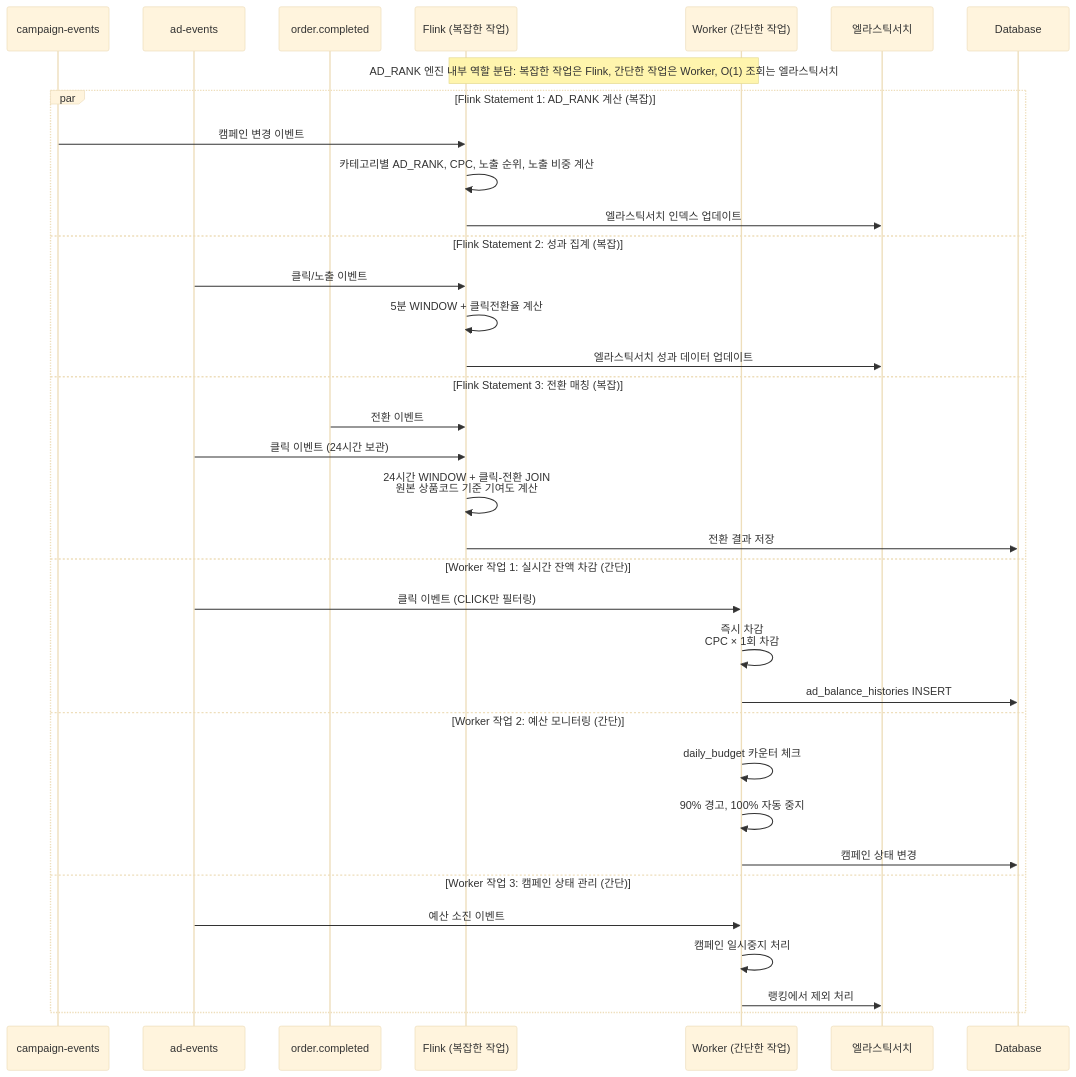
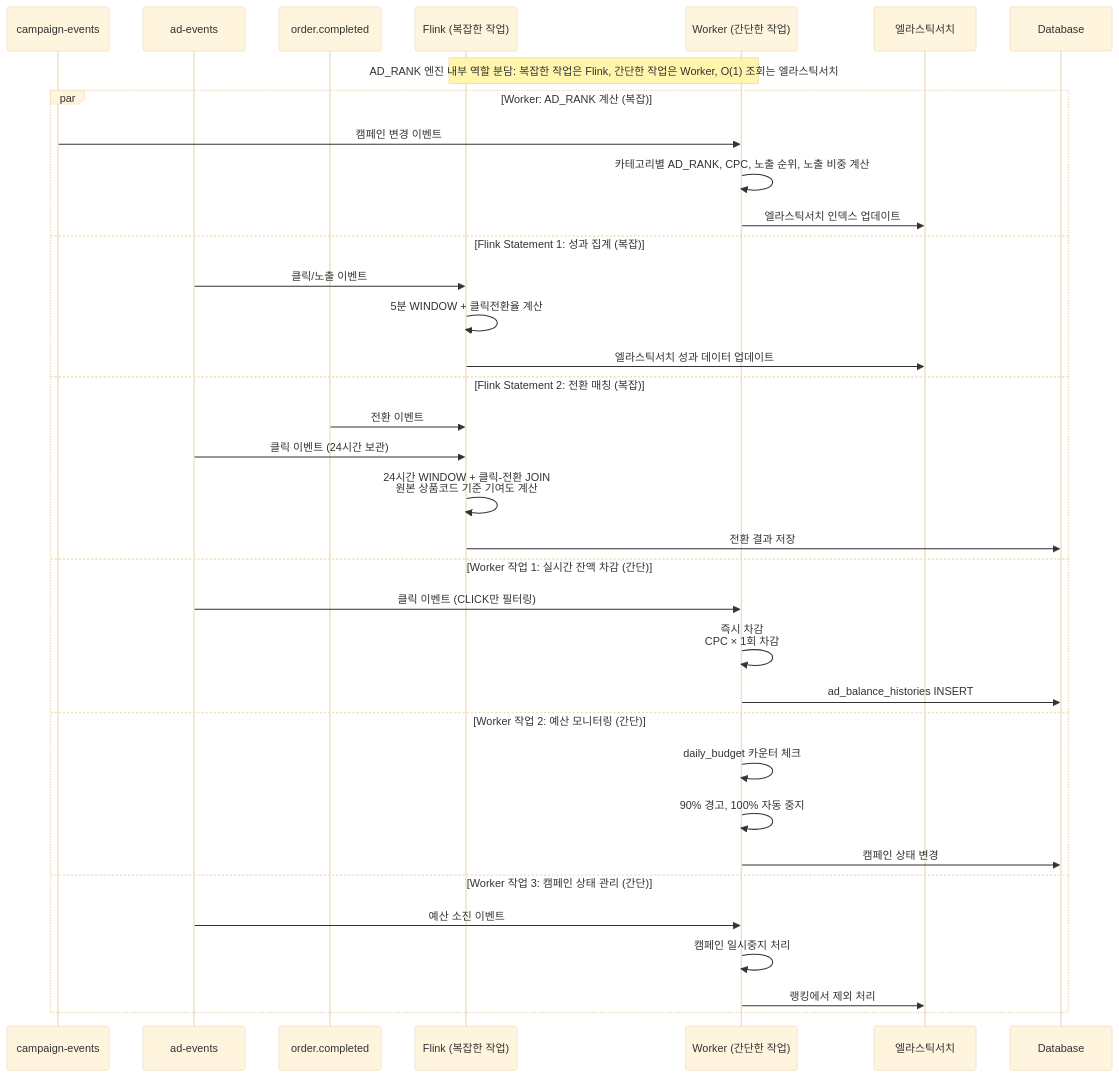
One commit to smk692/advertisement-project changed the fifth of 6 diagrams in docs/2. 설계/2-2. 아키텍처.md. Above: the diagram before and after it, drawn with Mermaid (base theme). The commit also changed other lines of this file and 1 other file, not shown here.

First line of the commit message:
docs: Flink와 Worker 역할 분담 수정 - AD_RANK 계산은 Worker 담당

````diff
--- a/docs/2. 설계/2-2. 아키텍처.md
+++ b/docs/2. 설계/2-2. 아키텍처.md
@@ -264,39 +264,39 @@
 ```mermaid
 sequenceDiagram
     participant K1 as campaign-events
     participant K2 as ad-events  
     participant K3 as order.completed
     participant F as Flink (복잡한 작업)
     participant W as Worker (간단한 작업)
     participant ES as 엘라스틱서치
     participant DB as Database
     
     Note over F,W: AD_RANK 엔진 내부 역할 분담: 복잡한 작업은 Flink, 간단한 작업은 Worker, O(1) 조회는 엘라스틱서치
     
-    par Flink Statement 1: AD_RANK 계산 (복잡)
-        K1->>F: 캠페인 변경 이벤트
-        F->>F: 카테고리별 AD_RANK, CPC, 노출 순위, 노출 비중 계산
-        F->>ES: 엘라스틱서치 인덱스 업데이트
-    and Flink Statement 2: 성과 집계 (복잡)
+    par Worker: AD_RANK 계산 (복잡)
+        K1->>W: 캠페인 변경 이벤트
+        W->>W: 카테고리별 AD_RANK, CPC, 노출 순위, 노출 비중 계산
+        W->>ES: 엘라스틱서치 인덱스 업데이트
+    and Flink Statement 1: 성과 집계 (복잡)
         K2->>F: 클릭/노출 이벤트
         F->>F: 5분 WINDOW + 클릭전환율 계산
         F->>ES: 엘라스틱서치 성과 데이터 업데이트
-    and Flink Statement 3: 전환 매칭 (복잡)
+    and Flink Statement 2: 전환 매칭 (복잡)
         K3->>F: 전환 이벤트  
         K2->>F: 클릭 이벤트 (24시간 보관)
         F->>F: 24시간 WINDOW + 클릭-전환 JOIN<br/>원본 상품코드 기준 기여도 계산
         F->>DB: 전환 결과 저장
     and Worker 작업 1: 실시간 잔액 차감 (간단)
         K2->>W: 클릭 이벤트 (CLICK만 필터링)
         W->>W: 즉시 차감<br/>CPC × 1회 차감
         W->>DB: ad_balance_histories INSERT
     and Worker 작업 2: 예산 모니터링 (간단)
         W->>W: daily_budget 카운터 체크
         W->>W: 90% 경고, 100% 자동 중지
         W->>DB: 캠페인 상태 변경
     and Worker 작업 3: 캠페인 상태 관리 (간단)
         K2->>W: 예산 소진 이벤트
         W->>W: 캠페인 일시중지 처리
         W->>ES: 랭킹에서 제외 처리
     end
 ```
````
